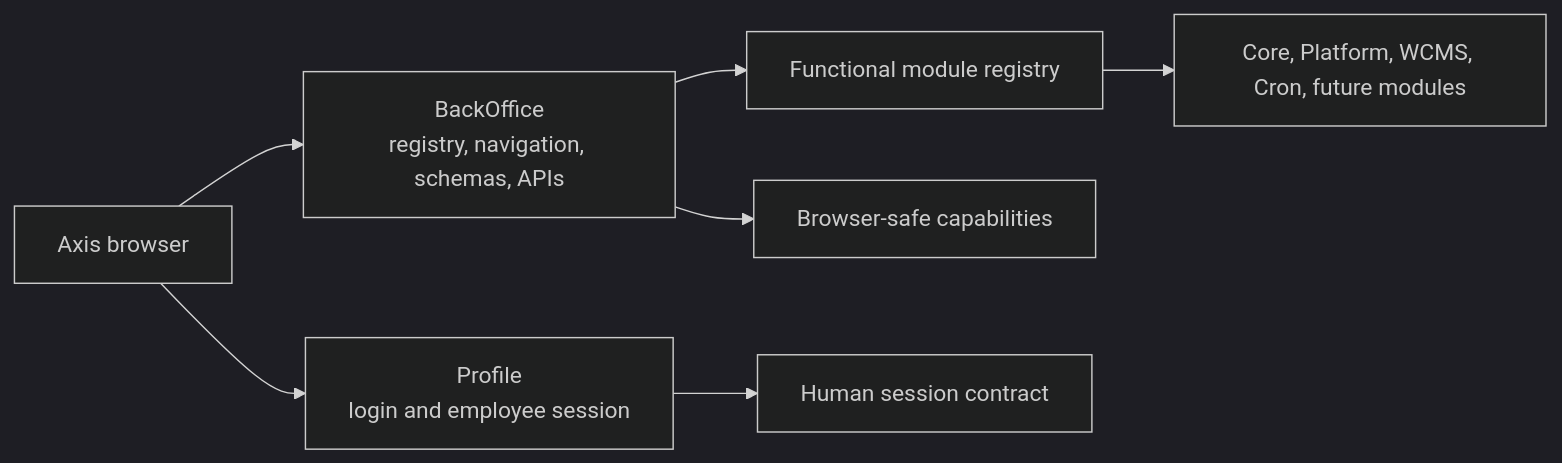
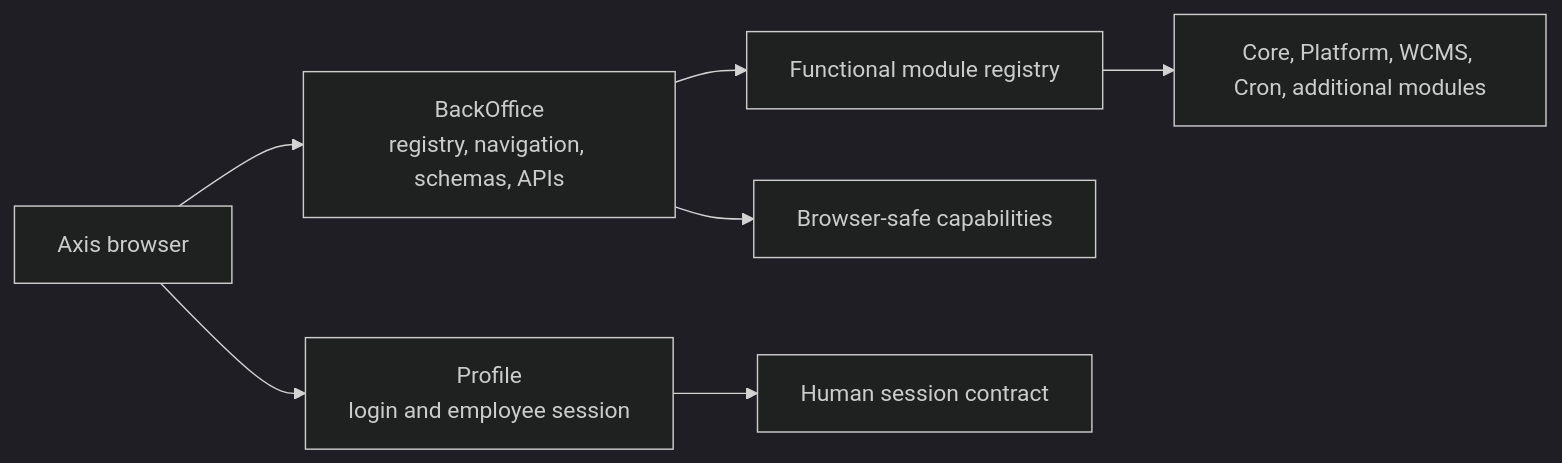
One commit to Nodics/nodics.ai changed the first of 2 diagrams in nodics.docs/docs/pages/nodics.platform/overview.md. Above: the diagram before and after it, drawn with Mermaid (dark theme). The commit also changed 326 other files, not shown here.

````diff
--- a/nodics.docs/docs/pages/nodics.platform/overview.md
+++ b/nodics.docs/docs/pages/nodics.platform/overview.md
@@ -44,9 +44,9 @@
 ```mermaid
 flowchart LR
   Axis["Axis browser"] --> Profile["Profile<br/>login and employee session"]
   Axis --> BackOffice["BackOffice<br/>registry, navigation, schemas, APIs"]
   BackOffice --> Registry["Functional module registry"]
   BackOffice --> Capabilities["Browser-safe capabilities"]
   Profile --> Session["Human session contract"]
-  Registry --> Modules["Core, Platform, WCMS, Cron, future modules"]
+  Registry --> Modules["Core, Platform, WCMS, Cron, additional modules"]
 ```
````
